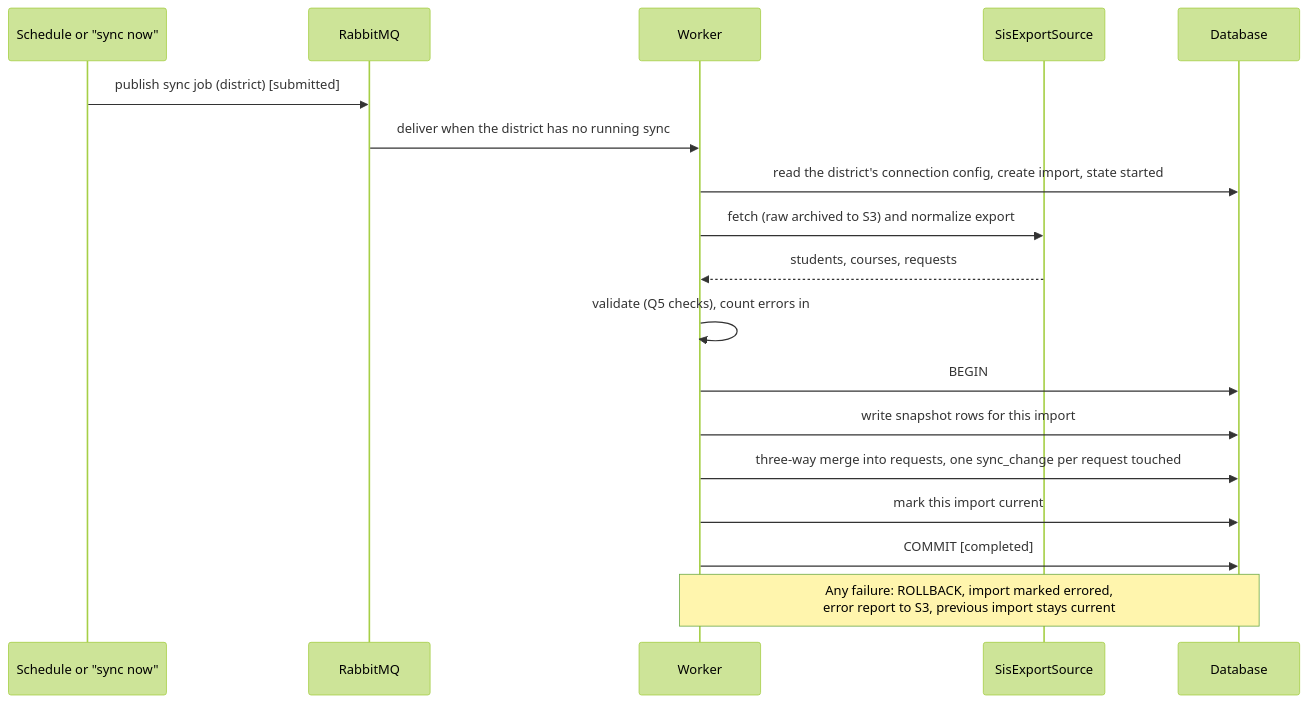
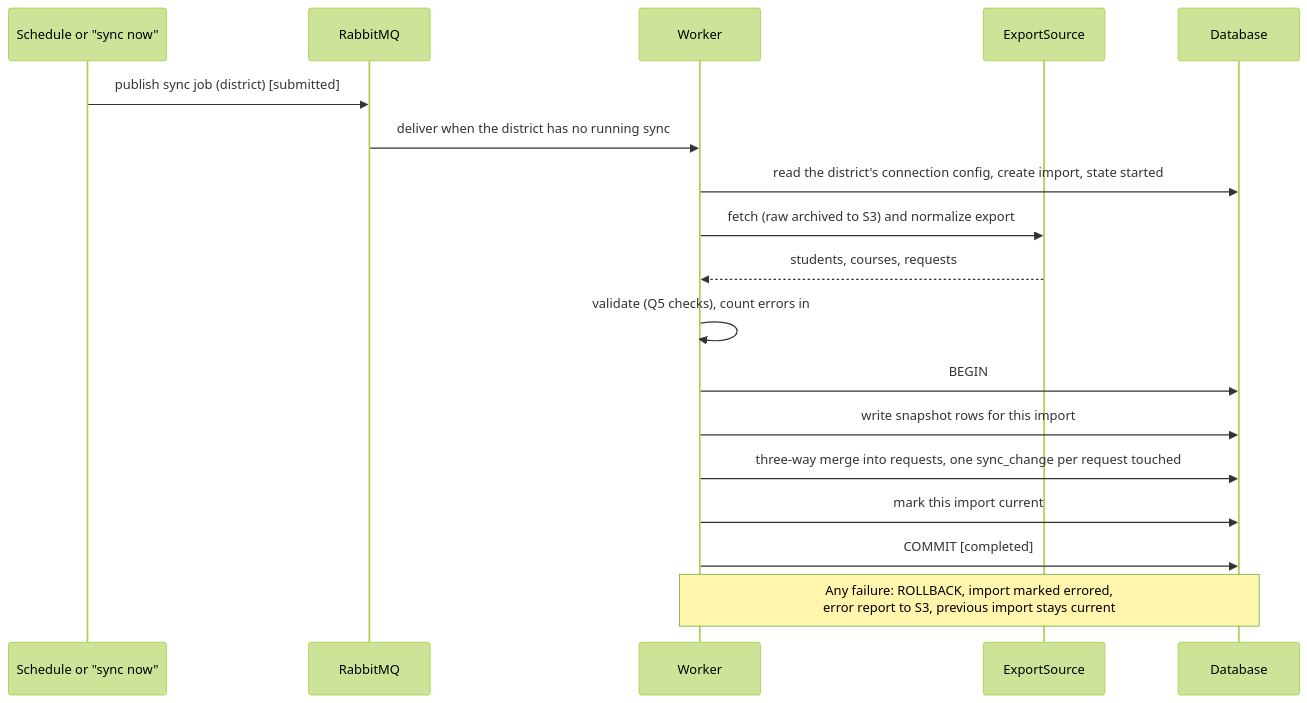
The second of 2 diagrams in docs/sis-sync-design.md (stephenmayer/CourseManager), drawn with Mermaid (forest theme) before and after one commit. The commit also changed other lines of this file and 3 other files, not shown here.

````diff
--- a/docs/sis-sync-design.md
+++ b/docs/sis-sync-design.md
@@ -199,20 +215,20 @@
 ```mermaid
 sequenceDiagram
     participant S as Schedule or "sync now"
     participant Q as RabbitMQ
     participant W as Worker
-    participant X as SisExportSource
+    participant X as ExportSource
     participant D as Database
     S->>Q: publish sync job (district)  [submitted]
     Q->>W: deliver when the district has no running sync
     W->>D: read the district's connection config, create import, state started
     W->>X: fetch (raw archived to S3) and normalize export
     X-->>W: students, courses, requests
     W->>W: validate (Q5 checks), count errors in
     W->>D: BEGIN
     W->>D: write snapshot rows for this import
     W->>D: three-way merge into requests, one sync_change per request touched
     W->>D: mark this import current
     W->>D: COMMIT  [completed]
     Note over W,D: Any failure: ROLLBACK, import marked errored,<br/>error report to S3, previous import stays current
 ```
````
